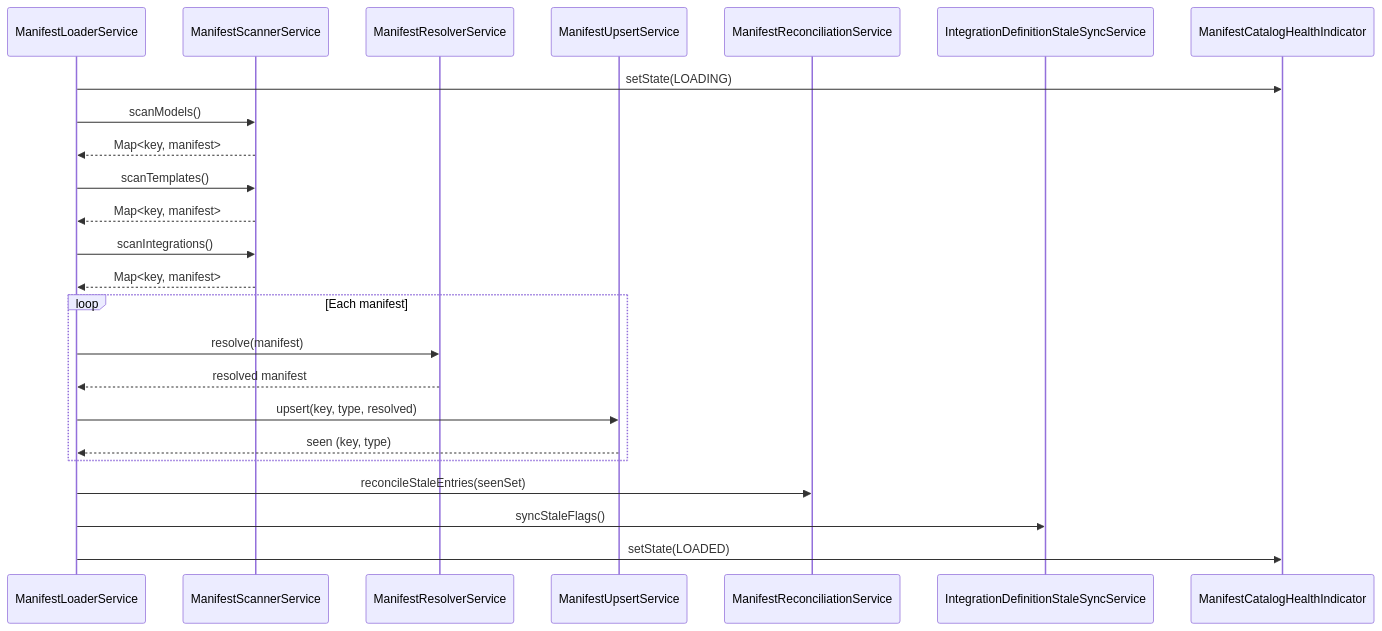
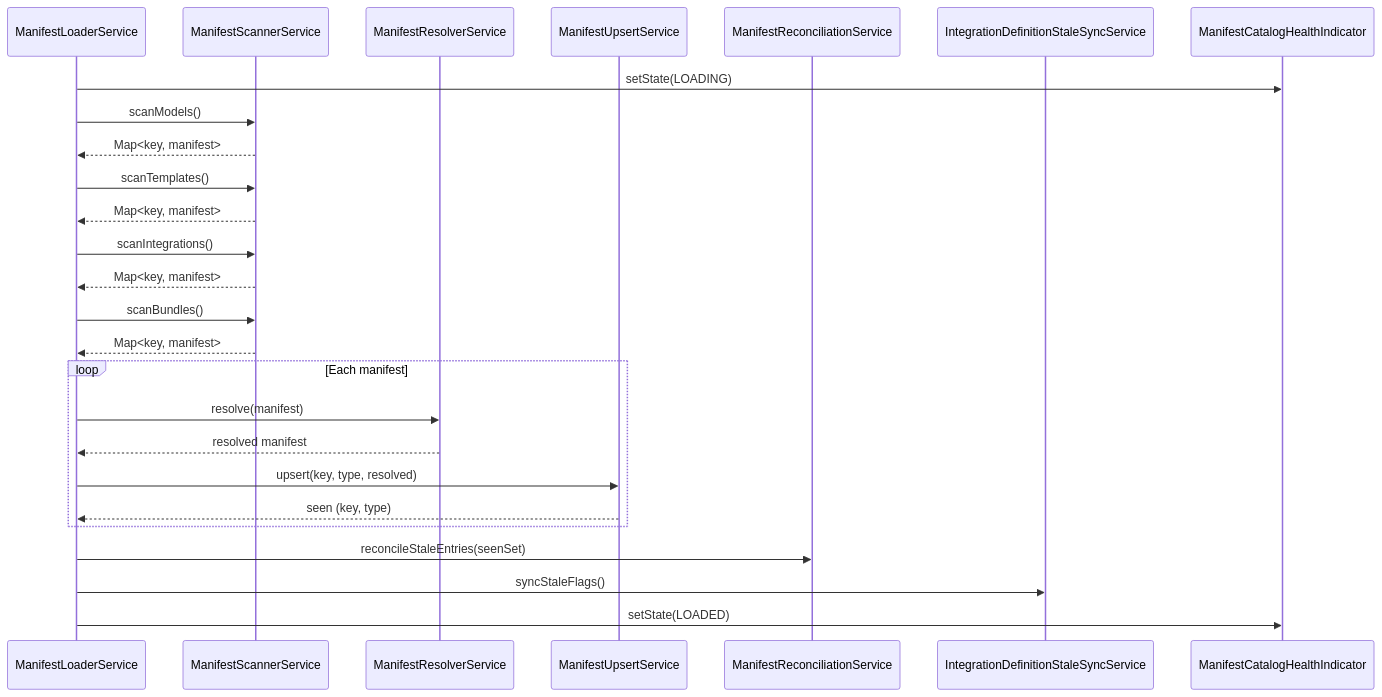
The diagram in docs/system-design/domains/Catalog/Manifest Pipeline/Flow - Manifest Loading Pipeline.md (rmr-studio/riven), drawn with Mermaid before and after one commit. The commit also changed other lines of this file and 15 other files, not shown here.

````diff
--- a/docs/system-design/domains/Catalog/Manifest Pipeline/Flow - Manifest Loading Pipeline.md
+++ b/docs/system-design/domains/Catalog/Manifest Pipeline/Flow - Manifest Loading Pipeline.md
@@ -38,29 +38,31 @@
 ```mermaid
 sequenceDiagram
     participant Loader as ManifestLoaderService
     participant Scanner as ManifestScannerService
     participant Resolver as ManifestResolverService
     participant Upsert as ManifestUpsertService
     participant Reconciliation as ManifestReconciliationService
     participant StaleSync as IntegrationDefinitionStaleSyncService
     participant Health as ManifestCatalogHealthIndicator
 
     Loader->>Health: setState(LOADING)
     Loader->>Scanner: scanModels()
     Scanner-->>Loader: Map<key, manifest>
     Loader->>Scanner: scanTemplates()
     Scanner-->>Loader: Map<key, manifest>
     Loader->>Scanner: scanIntegrations()
     Scanner-->>Loader: Map<key, manifest>
+    Loader->>Scanner: scanBundles()
+    Scanner-->>Loader: Map<key, manifest>
 
     loop Each manifest
         Loader->>Resolver: resolve(manifest)
         Resolver-->>Loader: resolved manifest
         Loader->>Upsert: upsert(key, type, resolved)
         Upsert-->>Loader: seen (key, type)
     end
 
     Loader->>Reconciliation: reconcileStaleEntries(seenSet)
     Loader->>StaleSync: syncStaleFlags()
     Loader->>Health: setState(LOADED)
 ```
````
